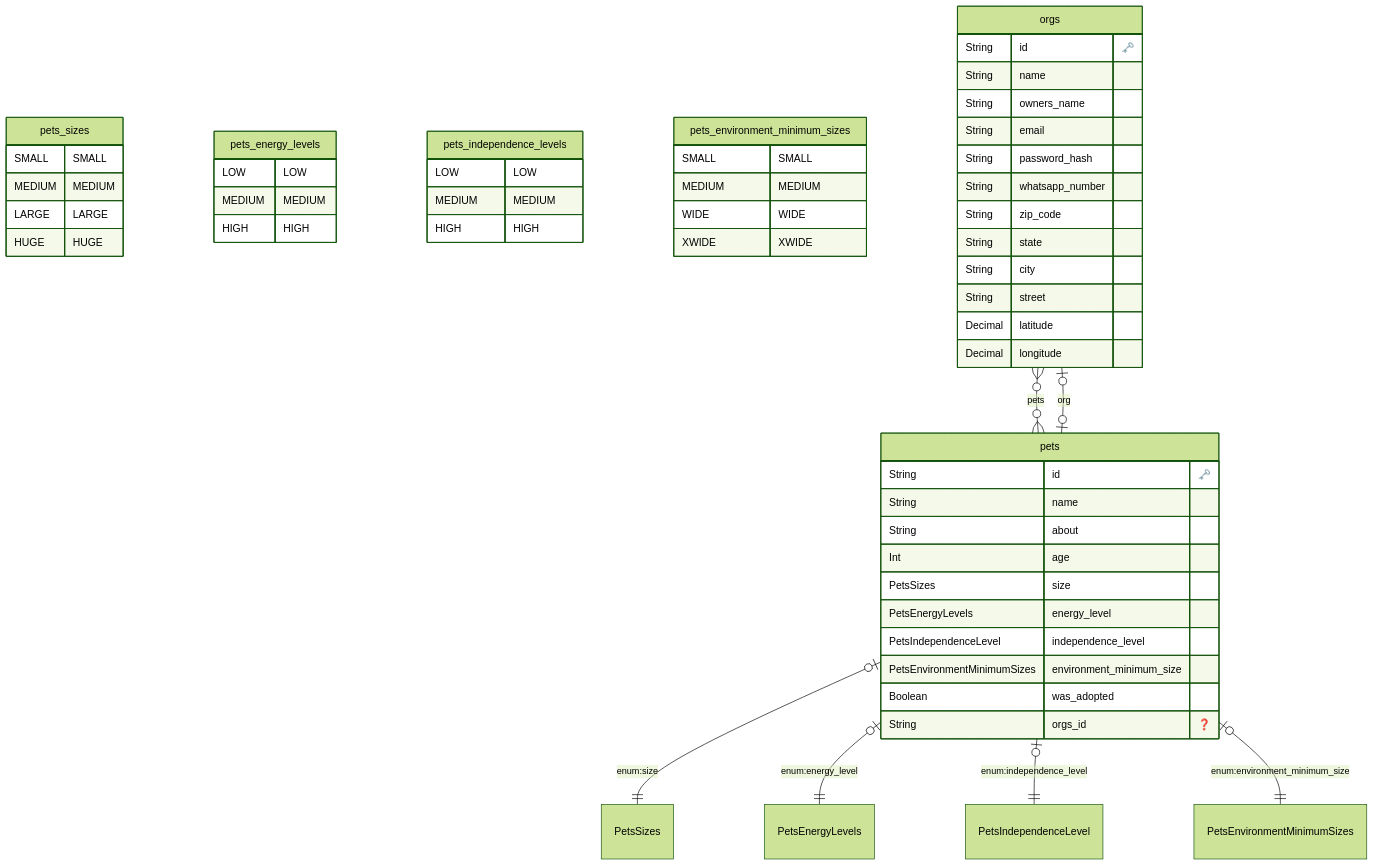
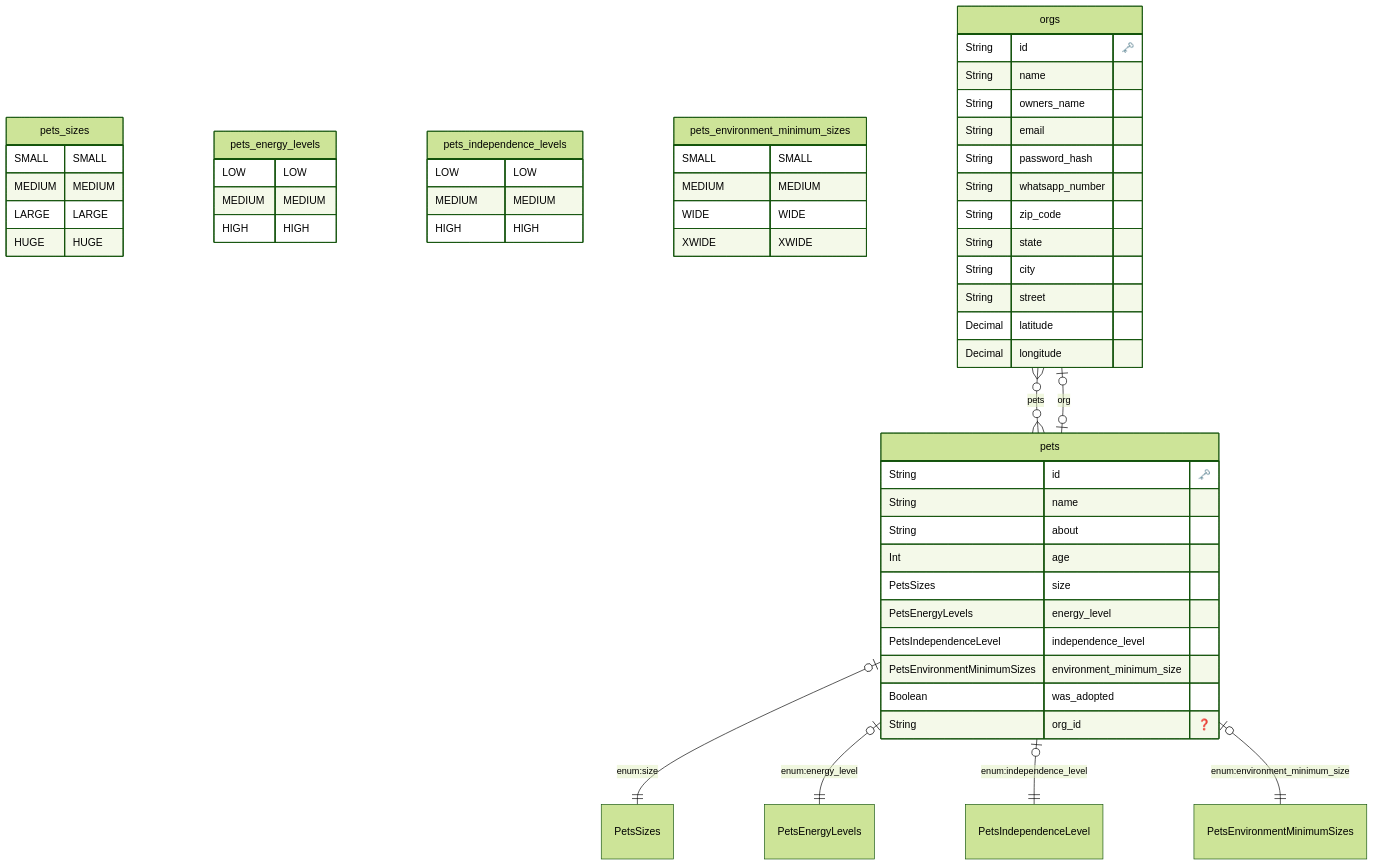
Before and after one commit to eddyyxxyy/find-a-friend-api: the diagram in docs/prisma/ERD.md, drawn with Mermaid (forest theme). The commit also changed 3 other files, not shown here.

Commit message:
refactor(database): 🗃 changes `orgs_id` column name to `org_id`in Pets

````diff
--- a/docs/prisma/ERD.md
+++ b/docs/prisma/ERD.md
@@ -1,71 +1,71 @@
 ```mermaid
 erDiagram
 
         pets_sizes {
             SMALL SMALL
 MEDIUM MEDIUM
 LARGE LARGE
 HUGE HUGE
         }
     
 
 
         pets_energy_levels {
             LOW LOW
 MEDIUM MEDIUM
 HIGH HIGH
         }
     
 
 
         pets_independence_levels {
             LOW LOW
 MEDIUM MEDIUM
 HIGH HIGH
         }
     
 
 
         pets_environment_minimum_sizes {
             SMALL SMALL
 MEDIUM MEDIUM
 WIDE WIDE
 XWIDE XWIDE
         }
     
   "orgs" {
     String id "🗝️"
     String name 
     String owners_name 
     String email 
     String password_hash 
     String whatsapp_number 
     String zip_code 
     String state 
     String city 
     String street 
     Decimal latitude 
     Decimal longitude 
     }
   
 
   "pets" {
     String id "🗝️"
     String name 
     String about 
     Int age 
     PetsSizes size 
     PetsEnergyLevels energy_level 
     PetsIndependenceLevel independence_level 
     PetsEnvironmentMinimumSizes environment_minimum_size 
     Boolean was_adopted 
-    String orgs_id "❓"
+    String org_id "❓"
     }
   
     "orgs" o{--}o "pets" : "pets"
     "pets" o|--|| "PetsSizes" : "enum:size"
     "pets" o|--|| "PetsEnergyLevels" : "enum:energy_level"
     "pets" o|--|| "PetsIndependenceLevel" : "enum:independence_level"
     "pets" o|--|| "PetsEnvironmentMinimumSizes" : "enum:environment_minimum_size"
     "pets" o|--|o "orgs" : "org"
 ```
````
